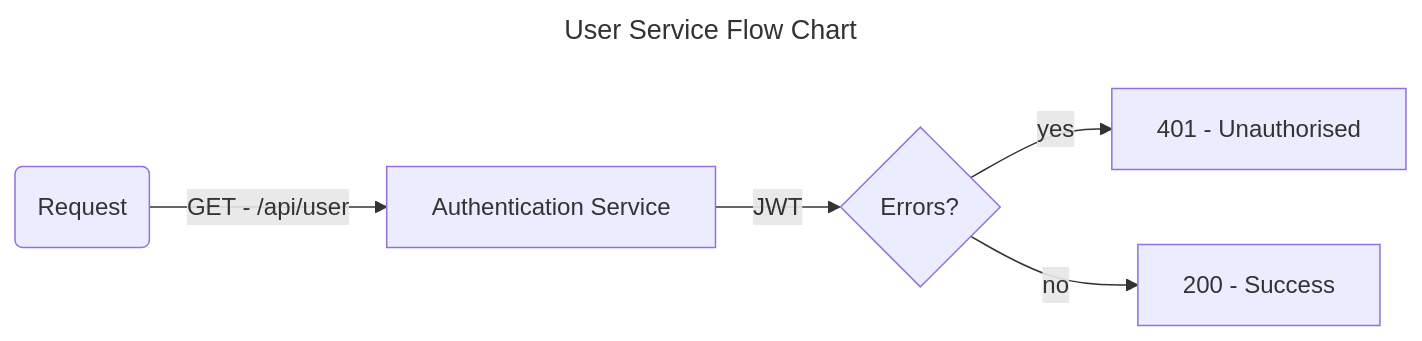
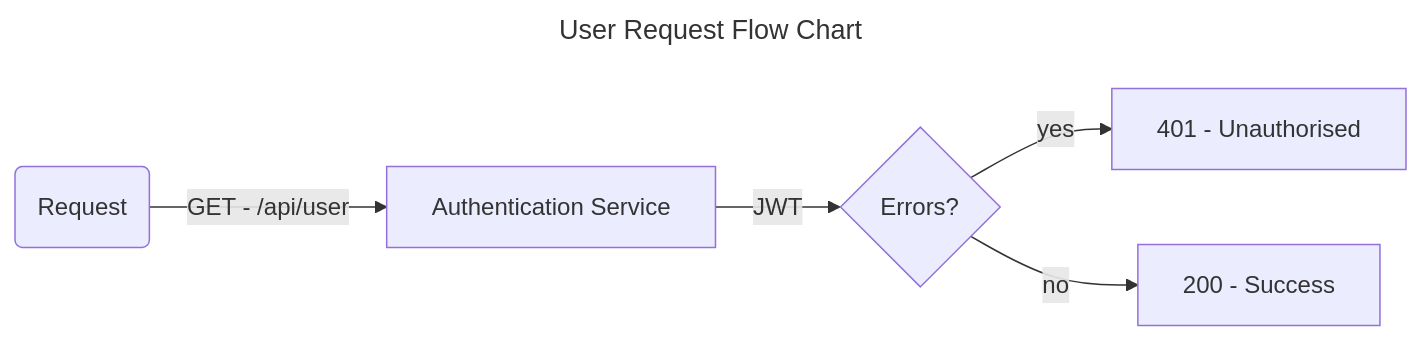
The third of 4 diagrams in docs/DIAGRAMS.md (darrylmorton/ct-iot-user-service-k8s), drawn with Mermaid before and after one commit. The commit also changed other lines of this file, not shown here.

Commit message:
Update DIAGRAMS.md (#26)

````diff
--- a/docs/DIAGRAMS.md
+++ b/docs/DIAGRAMS.md
@@ -27,11 +27,11 @@
 ```mermaid
 ---
-title: User Service Flow Chart
+title: User Request Flow Chart
 ---
 
 flowchart LR
     HttpRequest(Request) -->|GET - /api/user| AuthenticationService[Authentication Service]
     AuthenticationService -->|JWT| Errors{Errors?}
     Errors -->|yes| UnauthorisedResponse[401 - Unauthorised]
     Errors -->|no| SuccessResponse[200 - Success]
 ```
````
